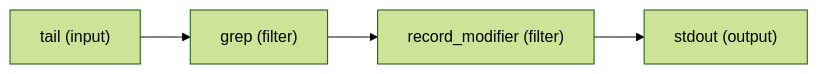
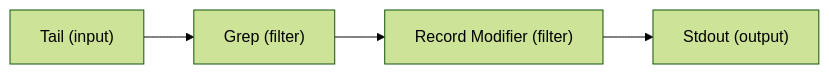
One commit to fluent/fluent-bit-docs changed the second of 3 diagrams in local-testing/validating-your-data-and-structure.md. Above: the diagram before and after it, drawn with Mermaid (forest theme). The commit also changed other lines of this file, not shown here.

````diff
--- a/local-testing/validating-your-data-and-structure.md
+++ b/local-testing/validating-your-data-and-structure.md
@@ -35,11 +26,11 @@
 ```mermaid
 flowchart LR
-tail["tail (input)"]
-grep["grep (filter)"]
-record["record_modifier (filter)"]
-stdout["stdout (output)"]
+tail["Tail (input)"]
+grep["Grep (filter)"]
+record["Record Modifier (filter)"]
+stdout["Stdout (output)"]
 
 tail --> grep
 grep --> record
 record --> stdout
 ```
````
